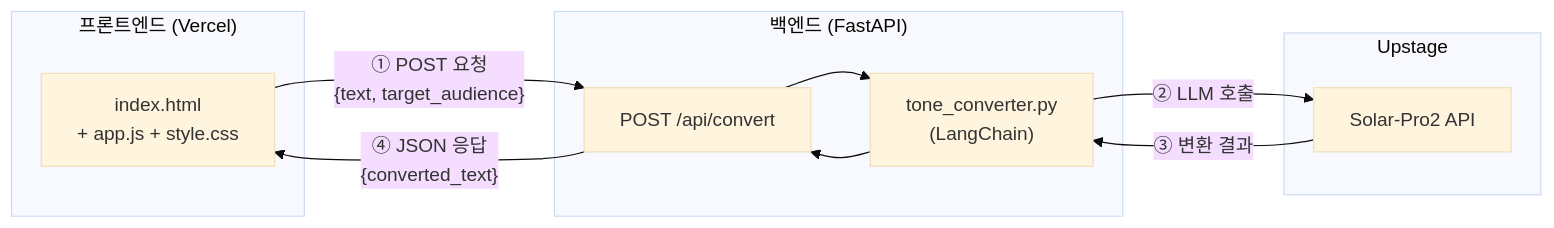
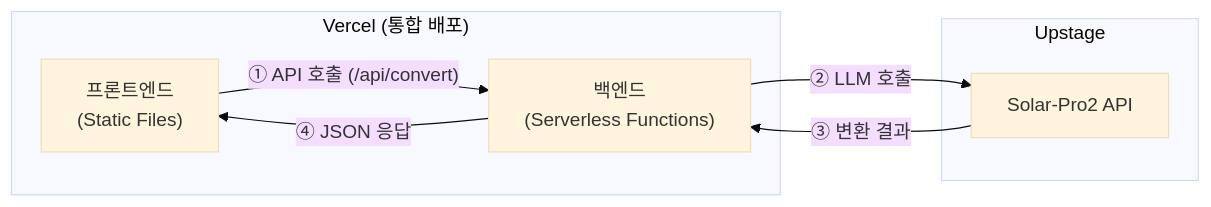
Before and after one commit to Sunny0206/BizTalk_Cemini-CLI: the diagram in PRD_업무말투변환기.md, drawn with Mermaid (base theme). The commit also changed other lines of this file and 67 other files, not shown here.

````diff
--- a/PRD_업무말투변환기.md
+++ b/PRD_업무말투변환기.md
@@ -204,22 +196,16 @@
 ```mermaid
 graph LR
-    subgraph FE["프론트엔드 (Vercel)"]
-        HTML["index.html<br/>+ app.js + style.css"]
-    end
-
-    subgraph BE["백엔드 (FastAPI)"]
-        ROUTER["POST /api/convert"]
-        SERVICE["tone_converter.py<br/>(LangChain)"]
+    subgraph Vercel["Vercel (통합 배포)"]
+        FE["프론트엔드<br/>(Static Files)"]
+        BE["백엔드<br/>(Serverless Functions)"]
     end
 
     subgraph AI["Upstage"]
         LLM["Solar-Pro2 API"]
     end
 
-    HTML -- "① POST 요청<br/>{text, target_audience}" --> ROUTER
-    ROUTER --> SERVICE
-    SERVICE -- "② LLM 호출" --> LLM
-    LLM -- "③ 변환 결과" --> SERVICE
-    SERVICE --> ROUTER
-    ROUTER -- "④ JSON 응답<br/>{converted_text}" --> HTML
+    FE -- "① API 호출 (/api/convert)" --> BE
+    BE -- "② LLM 호출" --> LLM
+    LLM -- "③ 변환 결과" --> BE
+    BE -- "④ JSON 응답" --> FE
 ```
````
